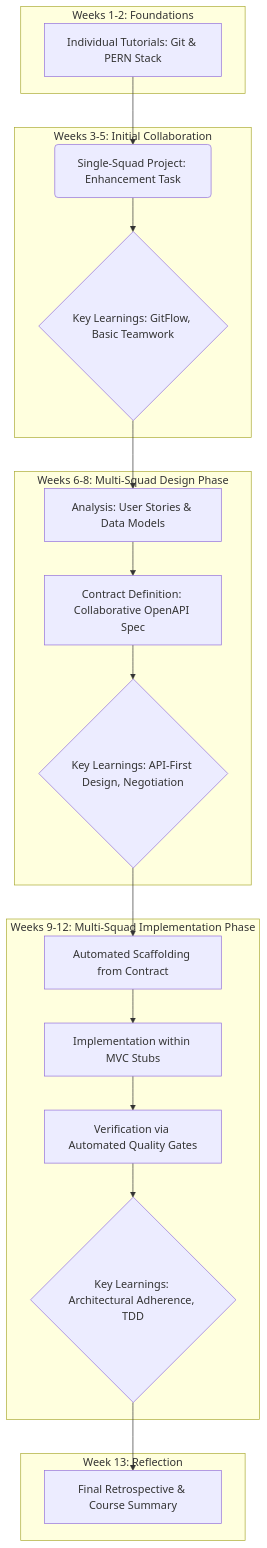
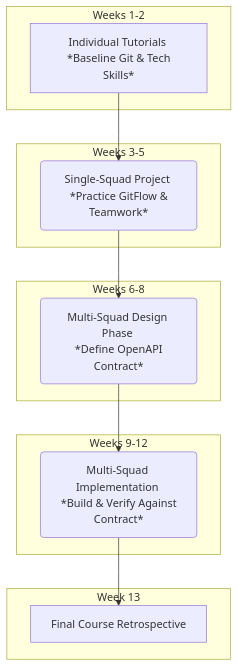
The first of 3 diagrams in diagrams.md (se-guru/diagrams), drawn with Mermaid before and after one commit. The commit also changed other lines of this file, not shown here.

````diff
--- a/diagrams.md
+++ b/diagrams.md
@@ -11,39 +15,24 @@
 ```mermaid
 graph TD
-    subgraph "Weeks 1-2: Foundations"
-        A[Individual Tutorials: Git & PERN Stack]
+    subgraph "Weeks 1-2"
+        A[Individual Tutorials <br> *Baseline Git & Tech Skills*]
     end
 
-    subgraph "Weeks 3-5: Initial Collaboration"
-        B(Single-Squad Project: Enhancement Task)
-        C{Key Learnings: GitFlow, Basic Teamwork}
+    subgraph "Weeks 3-5"
+        B(Single-Squad Project <br> *Practice GitFlow & Teamwork*)
     end
 
-    subgraph "Weeks 6-8: Multi-Squad Design Phase"
-        D[Analysis: User Stories & Data Models]
-        E[Contract Definition: Collaborative OpenAPI Spec]
-        F{Key Learnings: API-First Design, Negotiation}
+    subgraph "Weeks 6-8"
+        C(Multi-Squad Design Phase <br> *Define OpenAPI Contract*)
     end
 
-    subgraph "Weeks 9-12: Multi-Squad Implementation Phase"
-        G[Automated Scaffolding from Contract]
-        H[Implementation within MVC Stubs]
-        I[Verification via Automated Quality Gates]
-        J{Key Learnings: Architectural Adherence, TDD}
+    subgraph "Weeks 9-12"
+        D(Multi-Squad Implementation <br> *Build & Verify Against Contract*)
     end
 
-    subgraph "Week 13: Reflection"
-        K[Final Retrospective & Course Summary]
+    subgraph "Week 13"
+        E[Final Course Retrospective]
     end
 
-    A --> B;
-    B --> C;
-    C --> D;
-    D --> E;
-    E --> F;
-    F --> G;
-    G --> H;
-    H --> I;
-    I --> J;
-    J --> K;
+    A --> B --> C --> D --> E;
 ```
````
